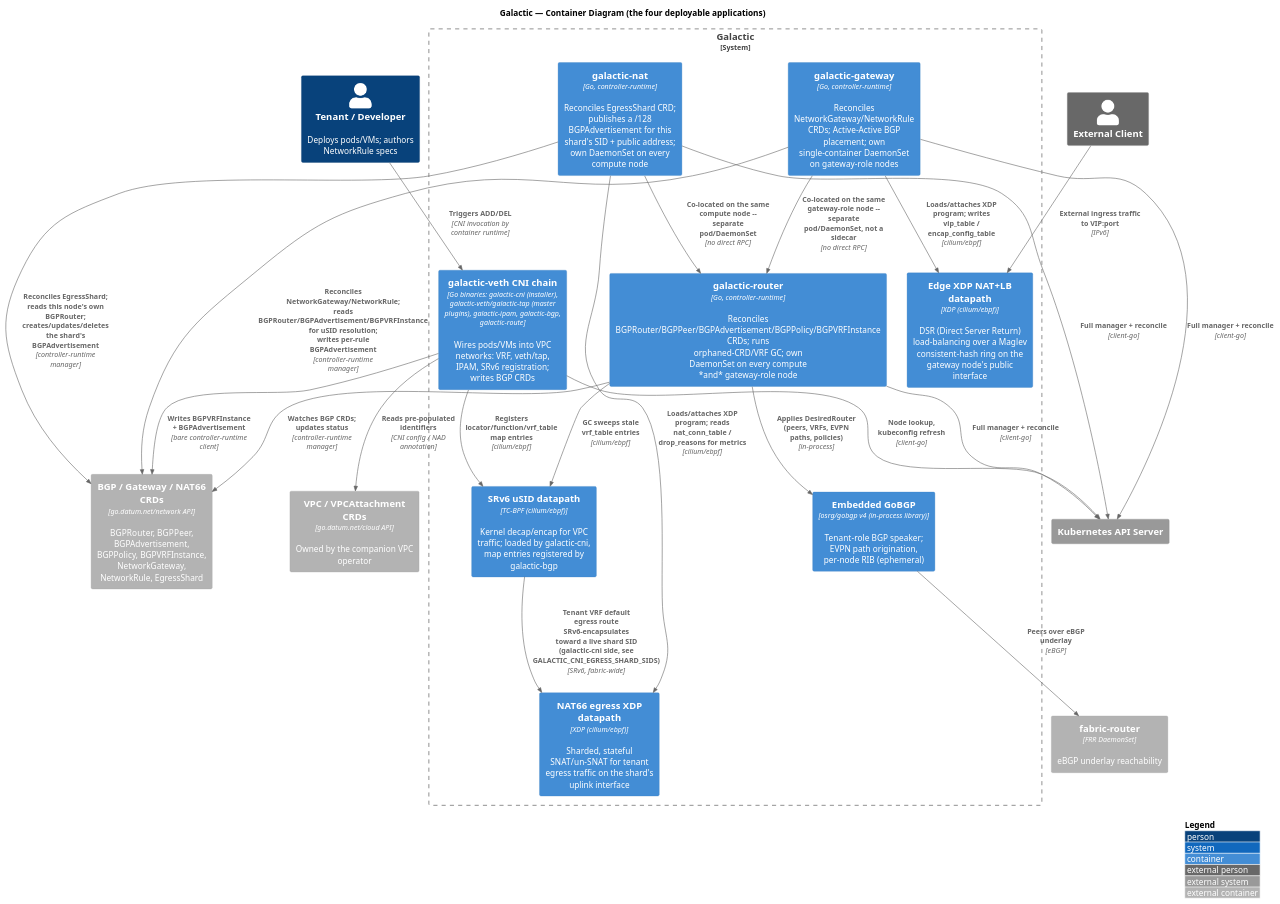
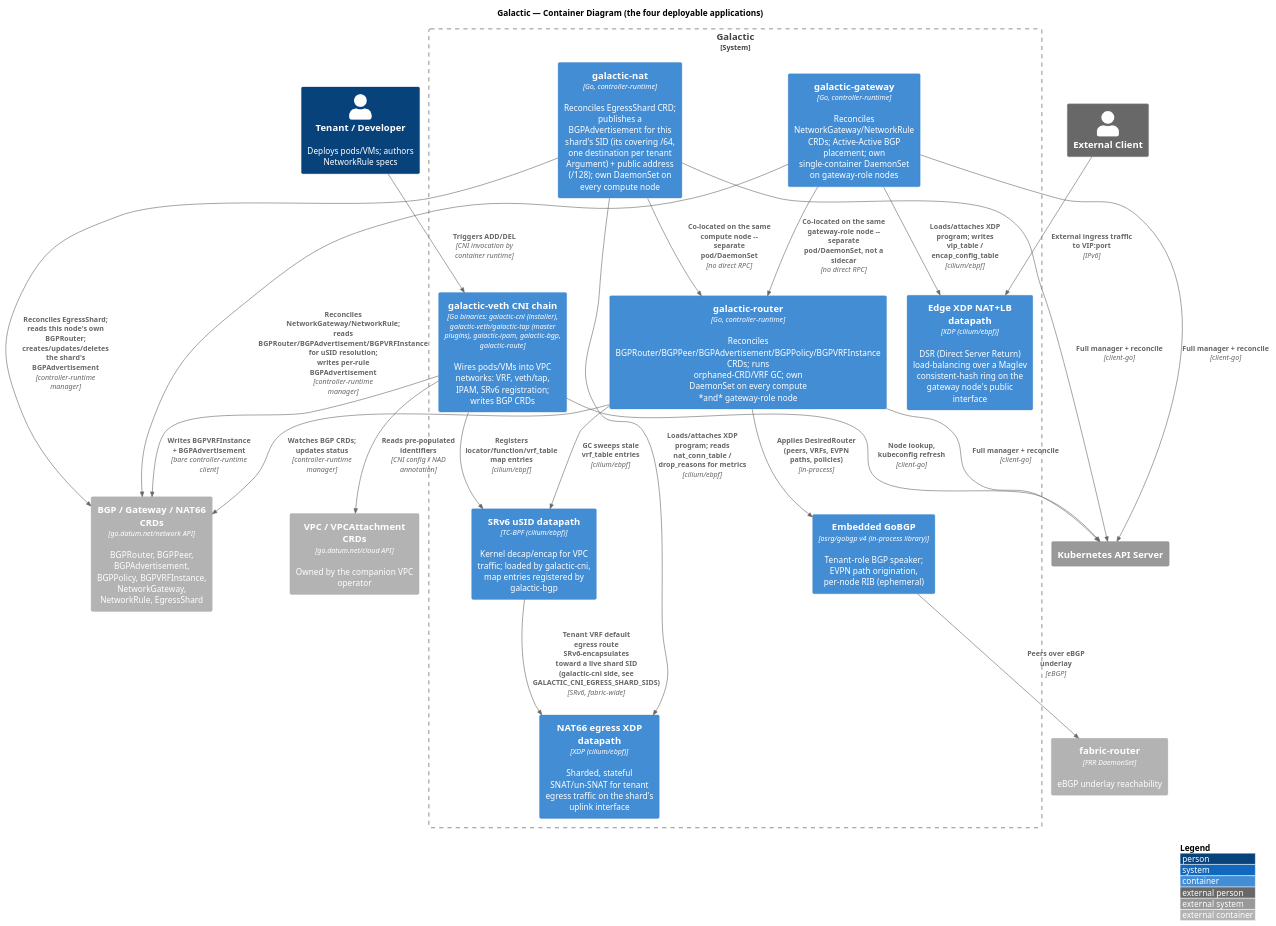
Before and after one commit to datum-cloud/galactic: the diagram in docs/architecture/containers.puml, drawn with PlantUML. The commit also changed 17 other files, not shown here.

```diff
--- a/docs/architecture/containers.puml
+++ b/docs/architecture/containers.puml
@@ -1,59 +1,59 @@
 @startuml containers
 !include https://raw.githubusercontent.com/plantuml-stdlib/C4-PlantUML/master/C4_Container.puml
 
 LAYOUT_WITH_LEGEND()
 
 title Galactic — Container Diagram (the four deployable applications)
 
 Person(tenant, "Tenant / Developer", "Deploys pods/VMs; authors NetworkRule specs")
 Person_Ext(client, "External Client")
 
 System_Boundary(galactic, "Galactic") {
     Container(cnichain, "galactic-veth CNI chain", "Go binaries: galactic-cni (installer), galactic-veth/galactic-tap (master plugins), galactic-ipam, galactic-bgp, galactic-route", "Wires pods/VMs into VPC networks: VRF, veth/tap, IPAM, SRv6 registration; writes BGP CRDs")
     Container(usidbpf, "SRv6 uSID datapath", "TC-BPF (cilium/ebpf)", "Kernel decap/encap for VPC traffic; loaded by galactic-cni, map entries registered by galactic-bgp")
 
     Container(router, "galactic-router", "Go, controller-runtime", "Reconciles BGPRouter/BGPPeer/BGPAdvertisement/BGPPolicy/BGPVRFInstance CRDs; runs orphaned-CRD/VRF GC; own DaemonSet on every compute *and* gateway-role node")
     Container(gobgp, "Embedded GoBGP", "osrg/gobgp v4 (in-process library)", "Tenant-role BGP speaker; EVPN path origination, per-node RIB (ephemeral)")
 
     Container(gateway, "galactic-gateway", "Go, controller-runtime", "Reconciles NetworkGateway/NetworkRule CRDs; Active-Active BGP placement; own single-container DaemonSet on gateway-role nodes")
     Container(edgebpf, "Edge XDP NAT+LB datapath", "XDP (cilium/ebpf)", "DSR (Direct Server Return) load-balancing over a Maglev consistent-hash ring on the gateway node's public interface")
 
-    Container(nat66, "galactic-nat", "Go, controller-runtime", "Reconciles EgressShard CRD; publishes a /128 BGPAdvertisement for this shard's SID + public address; own DaemonSet on every compute node")
+    Container(nat66, "galactic-nat", "Go, controller-runtime", "Reconciles EgressShard CRD; publishes a BGPAdvertisement for this shard's SID (its covering /64, one destination per tenant Argument) + public address (/128); own DaemonSet on every compute node")
     Container(nat66bpf, "NAT66 egress XDP datapath", "XDP (cilium/ebpf)", "Sharded, stateful SNAT/un-SNAT for tenant egress traffic on the shard's uplink interface")
 }
 
 Container_Ext(crds, "BGP / Gateway / NAT66 CRDs", "go.datum.net/network API", "BGPRouter, BGPPeer, BGPAdvertisement, BGPPolicy, BGPVRFInstance, NetworkGateway, NetworkRule, EgressShard")
 Container_Ext(vpccrds, "VPC / VPCAttachment CRDs", "go.datum.net/cloud API", "Owned by the companion VPC operator")
 Container_Ext(fabric, "fabric-router", "FRR DaemonSet", "eBGP underlay reachability")
 System_Ext(k8sapi, "Kubernetes API Server")
 
 ' CNI chain internals
 Rel(tenant, cnichain, "Triggers ADD/DEL", "CNI invocation by container runtime")
 Rel(cnichain, vpccrds, "Reads pre-populated identifiers", "CNI config / NAD annotation")
 Rel(cnichain, crds, "Writes BGPVRFInstance + BGPAdvertisement", "bare controller-runtime client")
 Rel(cnichain, usidbpf, "Registers locator/function/vrf_table map entries", "cilium/ebpf")
 
 ' Router internals
 Rel(router, crds, "Watches BGP CRDs; updates status", "controller-runtime manager")
 Rel(router, gobgp, "Applies DesiredRouter (peers, VRFs, EVPN paths, policies)", "in-process")
 Rel(router, usidbpf, "GC sweeps stale vrf_table entries", "cilium/ebpf")
 Rel(gobgp, fabric, "Peers over eBGP underlay", "eBGP")
 
 ' Gateway internals
 Rel(gateway, crds, "Reconciles NetworkGateway/NetworkRule; reads BGPRouter/BGPAdvertisement/BGPVRFInstance for uSID resolution; writes per-rule BGPAdvertisement", "controller-runtime manager")
 Rel(gateway, edgebpf, "Loads/attaches XDP program; writes vip_table / encap_config_table", "cilium/ebpf")
 Rel(client, edgebpf, "External ingress traffic to VIP:port", "IPv6")
 Rel(gateway, router, "Co-located on the same gateway-role node -- separate pod/DaemonSet, not a sidecar", "no direct RPC")
 
 ' NAT66 internals
 Rel(nat66, crds, "Reconciles EgressShard; reads this node's own BGPRouter; creates/updates/deletes the shard's BGPAdvertisement", "controller-runtime manager")
 Rel(nat66, nat66bpf, "Loads/attaches XDP program; reads nat_conn_table / drop_reasons for metrics", "cilium/ebpf")
 Rel(usidbpf, nat66bpf, "Tenant VRF default egress route SRv6-encapsulates toward a live shard SID (galactic-cni side, see GALACTIC_CNI_EGRESS_SHARD_SIDS)", "SRv6, fabric-wide")
 Rel(nat66, router, "Co-located on the same compute node -- separate pod/DaemonSet", "no direct RPC")
 
 Rel(cnichain, k8sapi, "Node lookup, kubeconfig refresh", "client-go")
 Rel(router, k8sapi, "Full manager + reconcile", "client-go")
 Rel(gateway, k8sapi, "Full manager + reconcile", "client-go")
 Rel(nat66, k8sapi, "Full manager + reconcile", "client-go")
 
 @enduml
```
